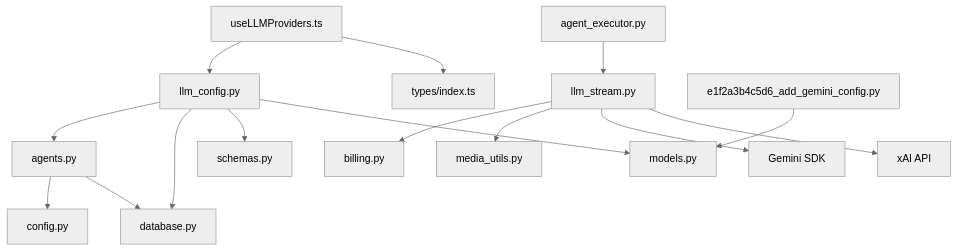
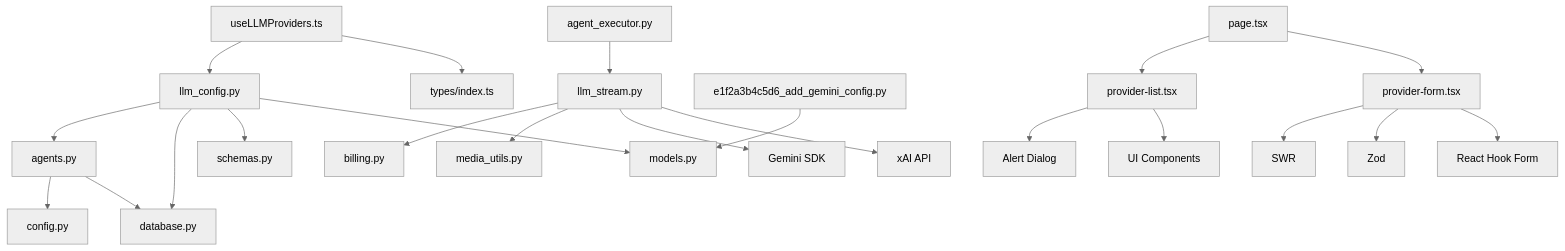
One commit to KunLabAI/KunFlix changed the tenth of 10 diagrams in .qoder/repowiki/zh/content/后台管理系统/LLM提供商管理.md. Above: the diagram before and after it, drawn with Mermaid (neutral theme). The commit also changed other lines of this file and 4 other files, not shown here.

````diff
--- a/.qoder/repowiki/zh/content/后台管理系统/LLM提供商管理.md
+++ b/.qoder/repowiki/zh/content/后台管理系统/LLM提供商管理.md
@@ -458,17 +594,24 @@
 ```mermaid
 graph TB
 R["llm_config.py"] --> M["models.py"]
 R --> S["schemas.py"]
 R --> D["database.py"]
 R --> A["agents.py"]
 A --> D
 A --> C["config.py"]
 FE["useLLMProviders.ts"] --> T["types/index.ts"]
 FE --> R
 GS["llm_stream.py"] --> GS2["xAI API"]
 GS --> GS3["Gemini SDK"]
 GS --> MU["media_utils.py"]
 GS --> B["billing.py"]
 AE["agent_executor.py"] --> GS
 MC["e1f2a3b4c5d6_add_gemini_config.py"] --> M
+PF["provider-form.tsx"] --> RH["React Hook Form"]
+PF --> ZD["Zod"]
+PF --> SW["SWR"]
+PL["provider-list.tsx"] --> UI["UI Components"]
+PL --> AD["Alert Dialog"]
+PA["page.tsx"] --> PF
+PA --> PL
 ```
````
